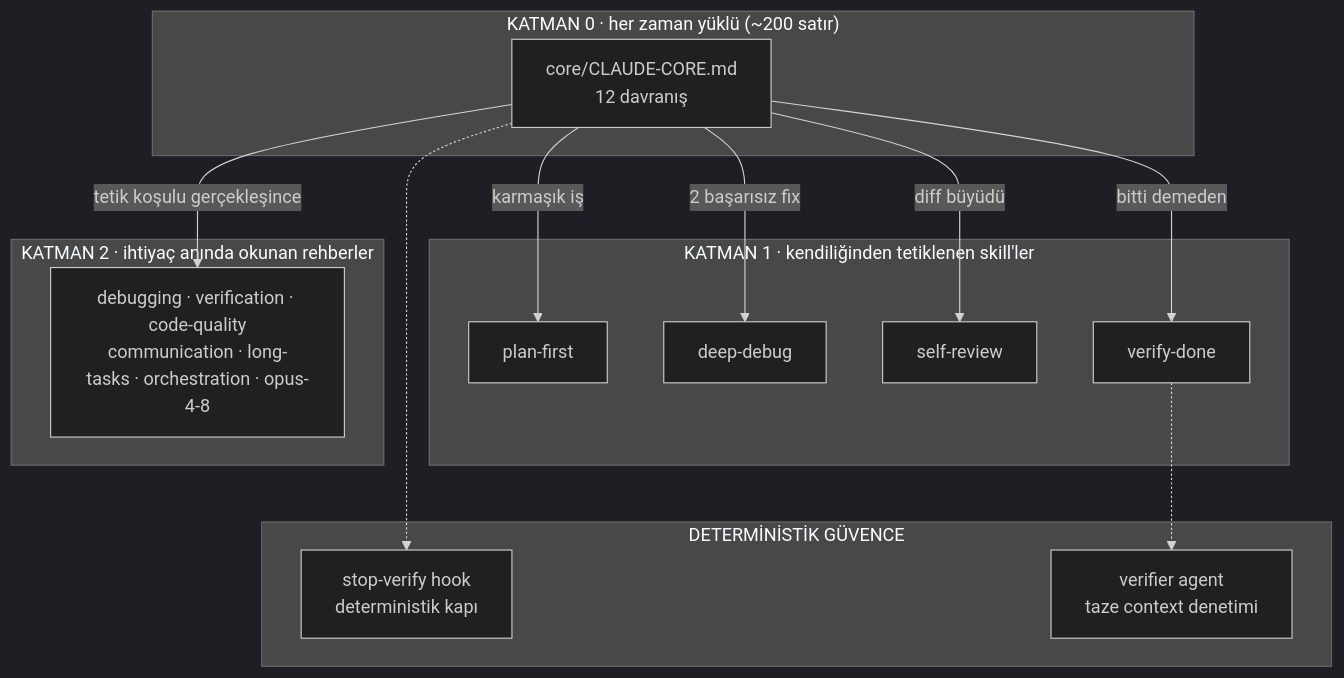
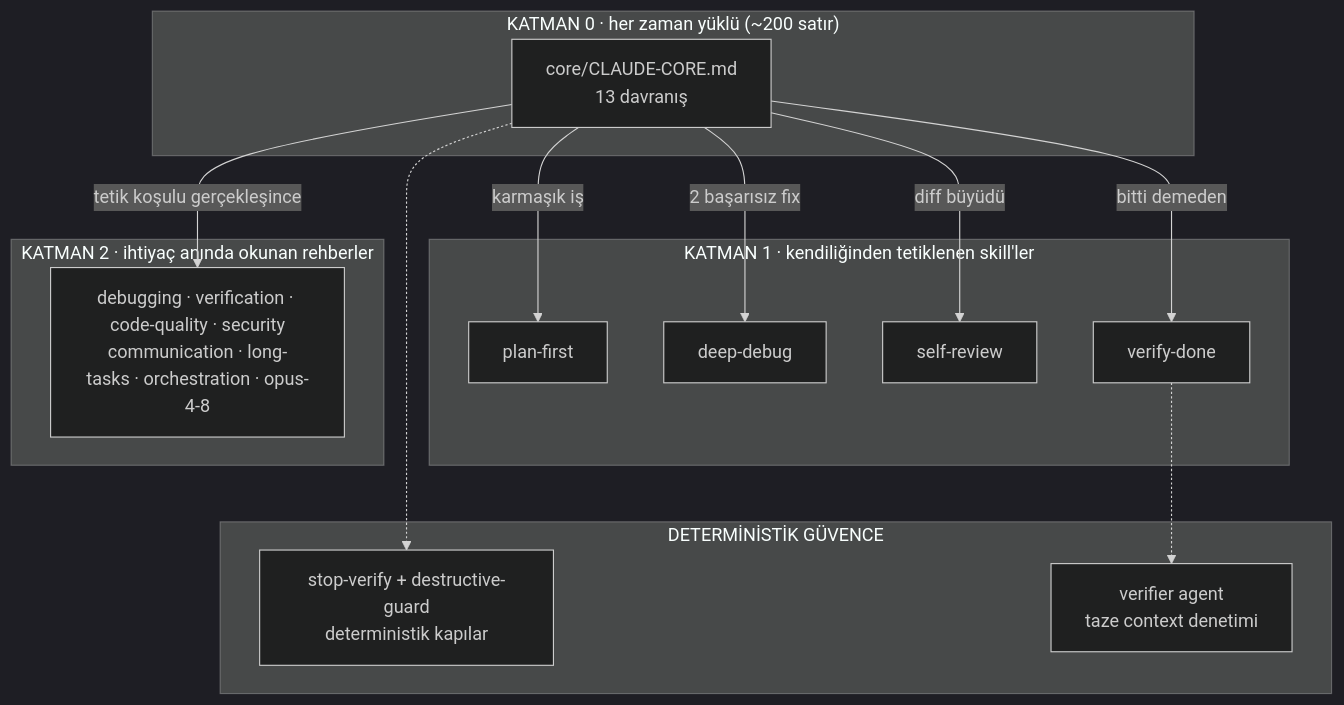
The first of 2 diagrams in README.md (goatstarter/goat-fable), drawn with Mermaid (dark theme) before and after one commit. The commit also changed other lines of this file and 15 other files, not shown here.

````diff
--- a/README.md
+++ b/README.md
@@ -65,26 +65,26 @@
 ```mermaid
 flowchart TB
     subgraph L0["KATMAN 0 · her zaman yüklü (~200 satır)"]
-        CORE["core/CLAUDE-CORE.md<br/>12 davranış"]
+        CORE["core/CLAUDE-CORE.md<br/>13 davranış"]
     end
     subgraph L1["KATMAN 1 · kendiliğinden tetiklenen skill'ler"]
         PF["plan-first"]
         DD["deep-debug"]
         SR["self-review"]
         VD["verify-done"]
     end
     subgraph L2["KATMAN 2 · ihtiyaç anında okunan rehberler"]
-        GUIDES["debugging · verification · code-quality<br/>communication · long-tasks · orchestration · opus-4-8"]
+        GUIDES["debugging · verification · code-quality · security<br/>communication · long-tasks · orchestration · opus-4-8"]
     end
     subgraph ENF["DETERMİNİSTİK GÜVENCE"]
-        HOOK["stop-verify hook<br/>deterministik kapı"]
+        HOOK["stop-verify + destructive-guard<br/>deterministik kapılar"]
         VER["verifier agent<br/>taze context denetimi"]
     end
     CORE -- "karmaşık iş" --> PF
     CORE -- "2 başarısız fix" --> DD
     CORE -- "diff büyüdü" --> SR
     CORE -- "bitti demeden" --> VD
     CORE -- "tetik koşulu gerçekleşince" --> GUIDES
     VD -.-> VER
     CORE -.-> HOOK
 ```
````
